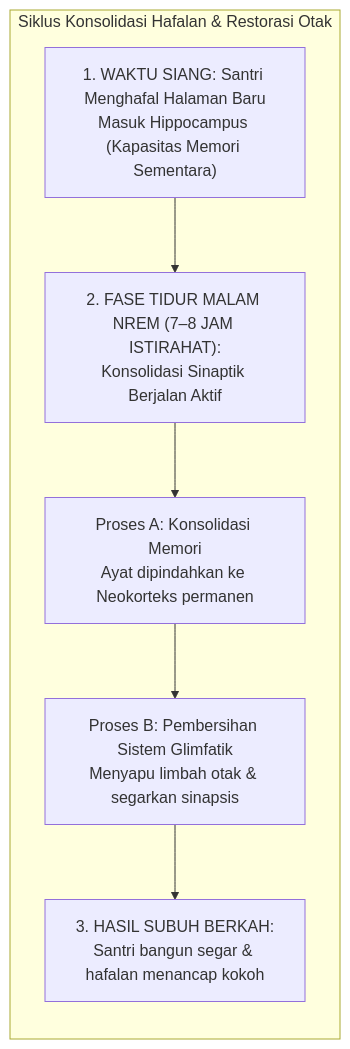
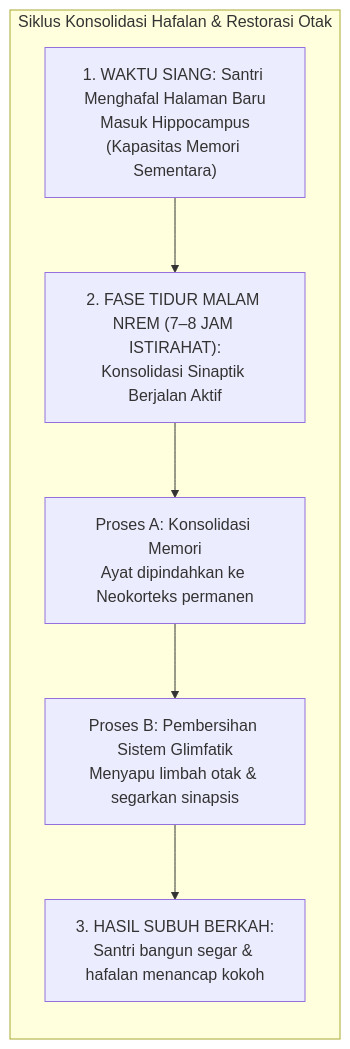
The fourth of 7 diagrams in BOOK Series 1/01-The-Fundamental-of-TUMBUH/Bab-02-Pandangan-Alam-Islam-sebagai-Poros-Pendidikan.md (wandiapriliyandi/tumbuh), drawn with Mermaid before and after one commit. The commit also changed other lines of this file and 37 other files, not shown here.

Commit message:
fix(book-01): optimasi pemenggalan teks dan overflow seluruh diagram serta render ulang 20 PDF

````diff
--- a/BOOK Series 1/01-The-Fundamental-of-TUMBUH/Bab-02-Pandangan-Alam-Islam-sebagai-Poros-Pendidikan.md
+++ b/BOOK Series 1/01-The-Fundamental-of-TUMBUH/Bab-02-Pandangan-Alam-Islam-sebagai-Poros-Pendidikan.md
@@ -149,12 +149,12 @@
 ```mermaid
 graph TD
     subgraph SIKLUS_KONSOLIDASI_MEMORI["Siklus Konsolidasi Hafalan & Restorasi Otak"]
         direction TB
-        A["1. WAKTU SIANG: Santri Menghafal Halaman Baru<br/>Masuk Hippocampus (Kapasitas Memori Sementara)"]
+        A["1. WAKTU SIANG: Santri Menghafal Halaman Baru<br/>Masuk Hippocampus<br/>(Kapasitas Memori Sementara)"]
         --> B["2. FASE TIDUR MALAM NREM (7–8 JAM ISTIRAHAT):<br/>Konsolidasi Sinaptik Berjalan Aktif"]
         
         B --> C1["Proses A: Konsolidasi Memori<br/>Ayat dipindahkan ke Neokorteks permanen"]
         --> C2["Proses B: Pembersihan Sistem Glimfatik<br/>Menyapu limbah otak & segarkan sinapsis"]
         --> D["3. HASIL SUBUH BERKAH:<br/>Santri bangun segar & hafalan menancap kokoh"]
     end
 ```
````
